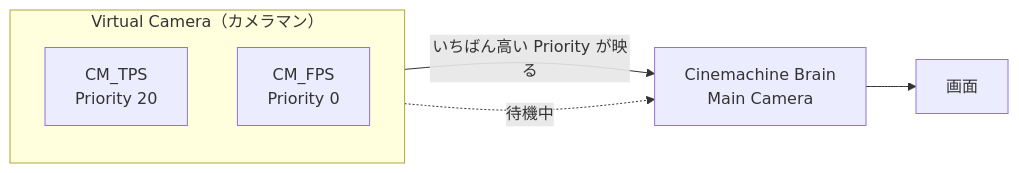
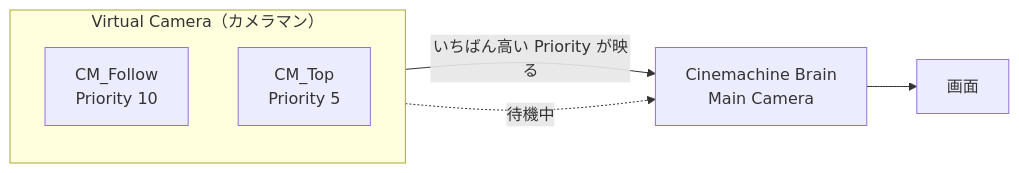
One commit to M-634/unity-game-dev-advance-docs.github.io changed the first of 2 diagrams in docs/lessons/s1-character-camera/cinemachine.md. Above: the diagram before and after it, drawn with Mermaid. The commit also changed other lines of this file and 23 other files, not shown here.

````diff
--- a/docs/lessons/s1-character-camera/cinemachine.md
+++ b/docs/lessons/s1-character-camera/cinemachine.md
@@ -161,11 +73,11 @@
 ```mermaid
 flowchart LR
     subgraph VCams["Virtual Camera（カメラマン）"]
         direction TB
-        TPS["CM_TPS<br>Priority 20"]
-        FPS["CM_FPS<br>Priority 0"]
+        A["CM_Follow<br>Priority 10"]
+        B["CM_Top<br>Priority 5"]
     end
-    TPS -->|"いちばん高い Priority が映る"| BR["Cinemachine Brain<br>Main Camera"]
-    FPS -.->|"待機中"| BR
+    A -->|"いちばん高い Priority が映る"| BR["Cinemachine Brain<br>Main Camera"]
+    B -.->|"待機中"| BR
     BR --> S["画面"]
 ```
````
